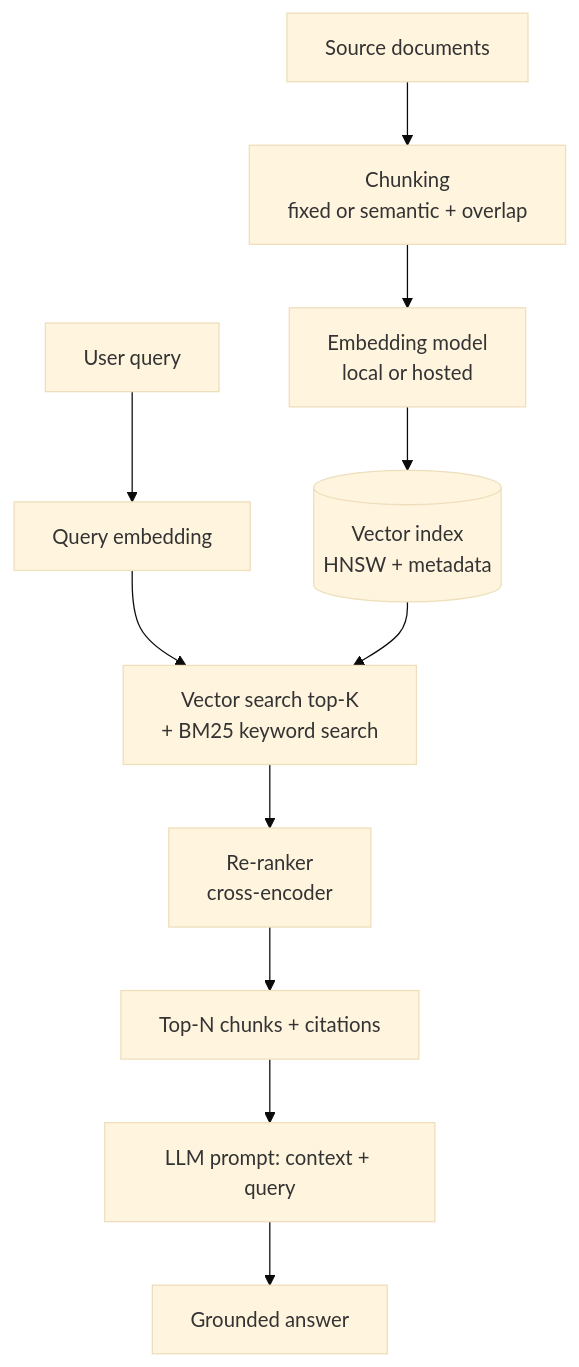
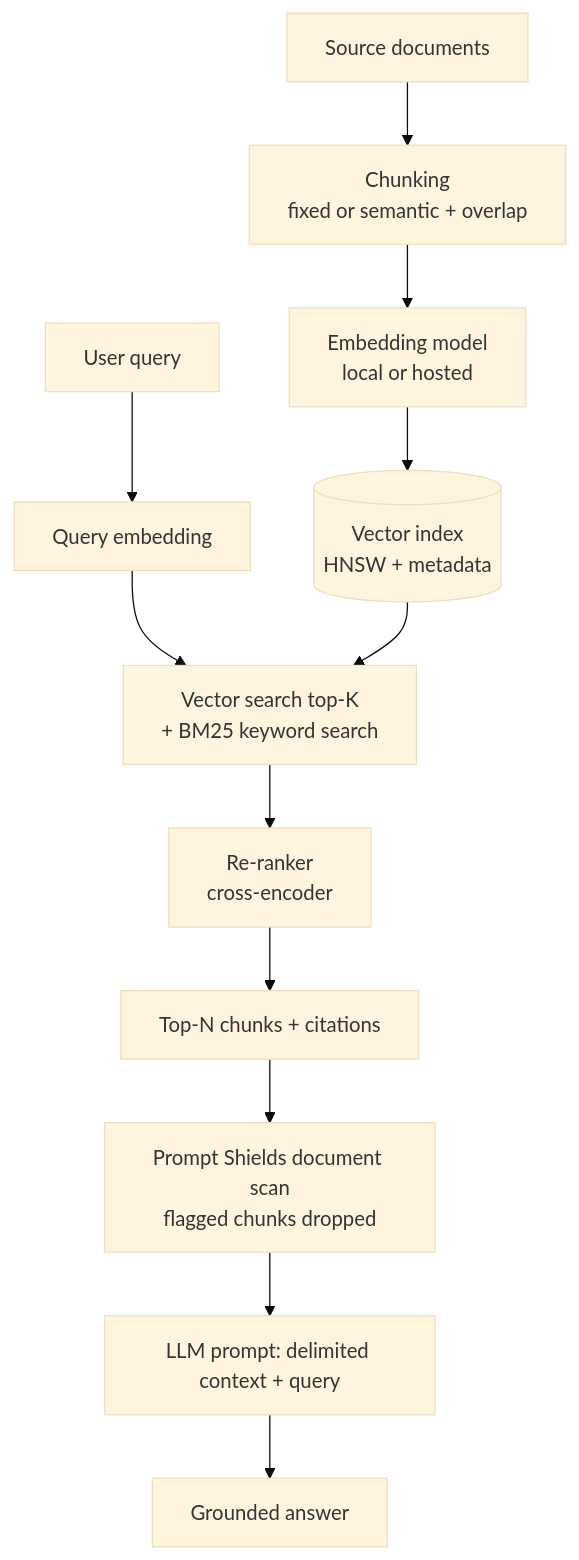
One commit to mohamedmahersaid/Enterprise-AI-and-Intelligent-Systems changed the diagram in docs/ai-tree-applied-systems/ai-branch-rag-knowledge/ai-rag-architecture.md. Above: the diagram before and after it, drawn with Mermaid (base theme). The commit also changed other lines of this file and 14 other files, not shown here.

````diff
--- a/docs/ai-tree-applied-systems/ai-branch-rag-knowledge/ai-rag-architecture.md
+++ b/docs/ai-tree-applied-systems/ai-branch-rag-knowledge/ai-rag-architecture.md
@@ -33,13 +35,14 @@
 ```mermaid
 flowchart TD
     A[Source documents] --> B[Chunking\nfixed or semantic + overlap]
     B --> C[Embedding model\nlocal or hosted]
     C --> D[(Vector index\nHNSW + metadata)]
     E[User query] --> F[Query embedding]
     F --> G[Vector search top-K\n+ BM25 keyword search]
     D --> G
     G --> H[Re-ranker\ncross-encoder]
     H --> I[Top-N chunks + citations]
-    I --> J[LLM prompt: context + query]
+    I --> S[Prompt Shields document scan\nflagged chunks dropped]
+    S --> J[LLM prompt: delimited context + query]
     J --> K[Grounded answer]
 ```
````
